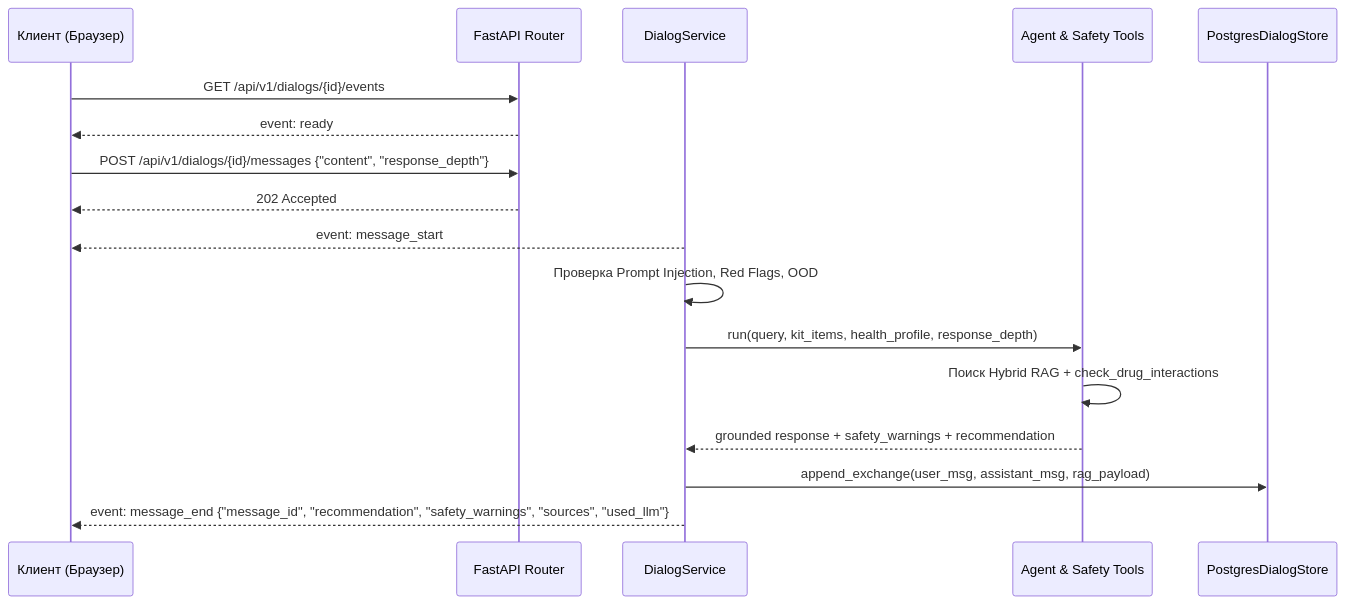
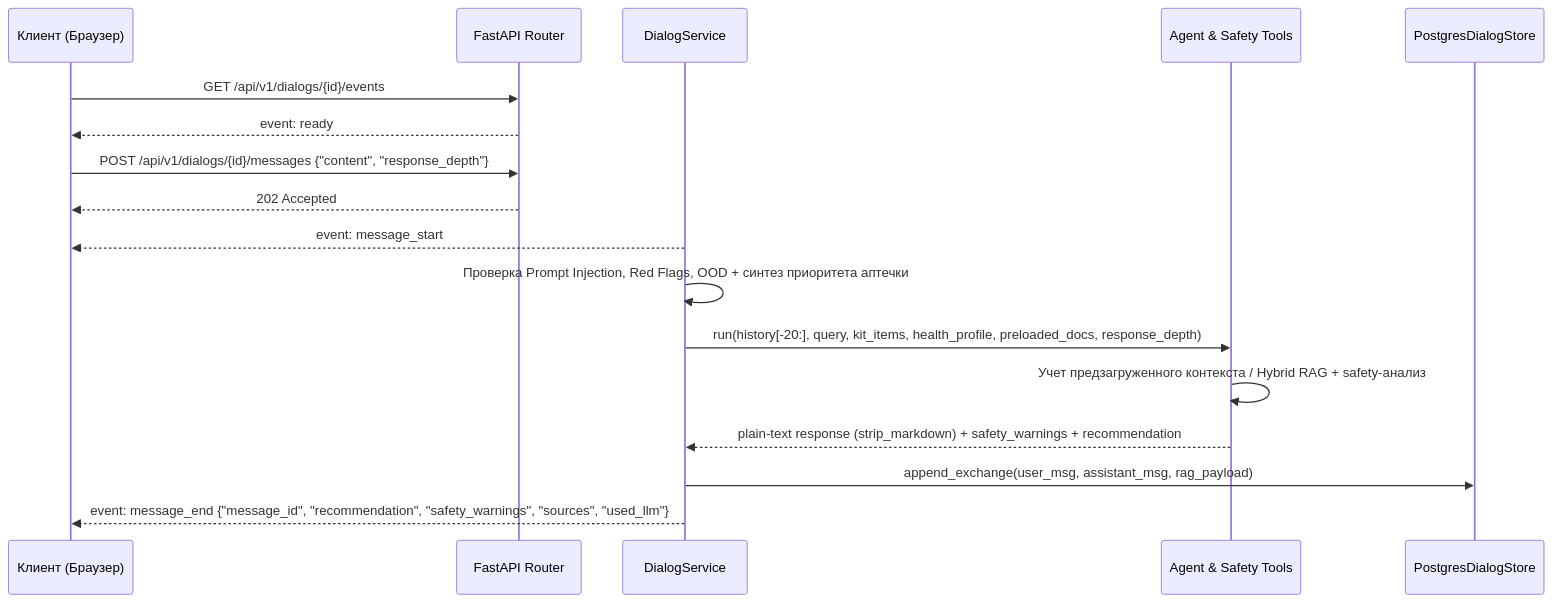
Before and after one commit to JavyBinary/smart-first-aid-kit: the second of 2 diagrams in docs/dialogs.md, drawn with Mermaid. The commit also changed other lines of this file, not shown here.

Commit message:
docs(dialogs): document 20-turn dialog memory, plain-text sanitization, and off-corpus chat

````diff
--- a/docs/dialogs.md
+++ b/docs/dialogs.md
@@ -28,22 +28,22 @@
 ```mermaid
 sequenceDiagram
     participant Client as Клиент (Браузер)
     participant API as FastAPI Router
     participant Service as DialogService
     participant Agent as Agent & Safety Tools
     participant DB as PostgresDialogStore
 
     Client->>API: GET /api/v1/dialogs/{id}/events
     API-->>Client: event: ready
 
     Client->>API: POST /api/v1/dialogs/{id}/messages {"content", "response_depth"}
     API-->>Client: 202 Accepted
 
     Service-->>Client: event: message_start
-    Service->>Service: Проверка Prompt Injection, Red Flags, OOD
-    Service->>Agent: run(query, kit_items, health_profile, response_depth)
-    Agent->>Agent: Поиск Hybrid RAG + check_drug_interactions
-    Agent-->>Service: grounded response + safety_warnings + recommendation
+    Service->>Service: Проверка Prompt Injection, Red Flags, OOD + синтез приоритета аптечки
+    Service->>Agent: run(history[-20:], query, kit_items, health_profile, preloaded_docs, response_depth)
+    Agent->>Agent: Учет предзагруженного контекста / Hybrid RAG + safety-анализ
+    Agent-->>Service: plain-text response (strip_markdown) + safety_warnings + recommendation
     Service->>DB: append_exchange(user_msg, assistant_msg, rag_payload)
     Service-->>Client: event: message_end {"message_id", "recommendation", "safety_warnings", "sources", "used_llm"}
 ```
````
